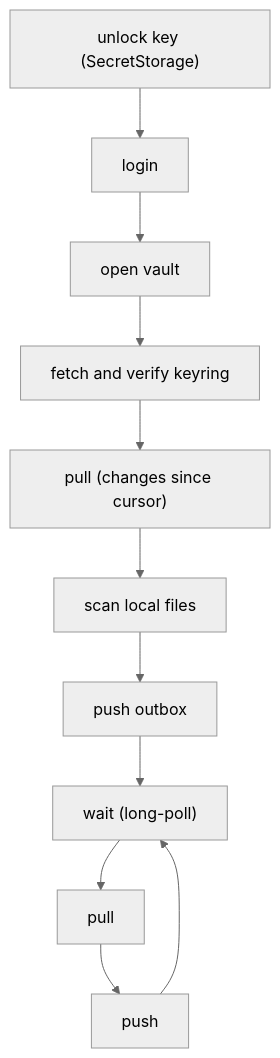
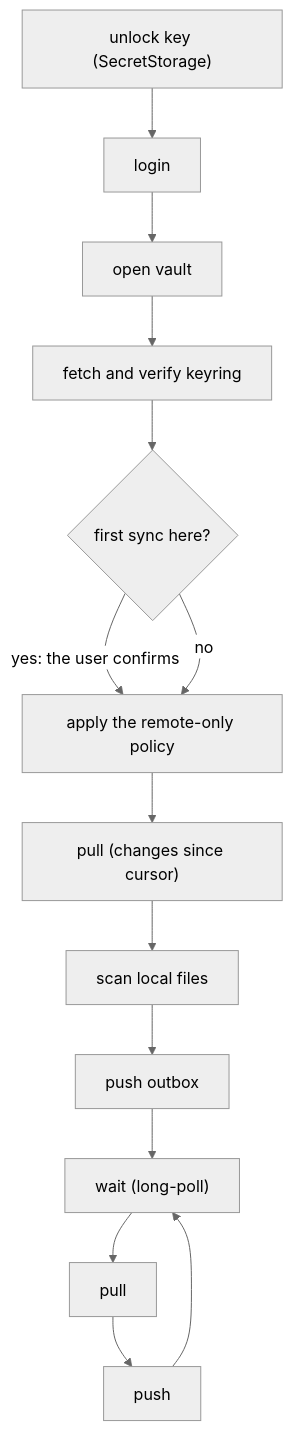
Before and after one commit to ibehren1/obsidian-vault-syncryption-beta: the third of 3 diagrams in docs/architecture.md, drawn with Mermaid (neutral theme). The commit also changed other lines of this file and 28 other files, not shown here.

Commit message:
Release 0.1.21 (remote-only@9b36640)

````diff
--- a/docs/architecture.md
+++ b/docs/architecture.md
@@ -309,9 +323,12 @@
 ```mermaid
 flowchart TD
     unlock["unlock key (SecretStorage)"] --> login --> open["open vault"]
     open --> keyring["fetch and verify keyring"]
-    keyring --> pull0["pull (changes since cursor)"]
+    keyring --> first{"first sync here?"}
+    first -- "yes: the user confirms" --> policy
+    first -- no --> policy["apply the remote-only policy"]
+    policy --> pull0["pull (changes since cursor)"]
     pull0 --> scan["scan local files"] --> push0["push outbox"]
     push0 --> wait["wait (long-poll)"]
     wait --> pull["pull"] --> push["push"] --> wait
 ```
````
